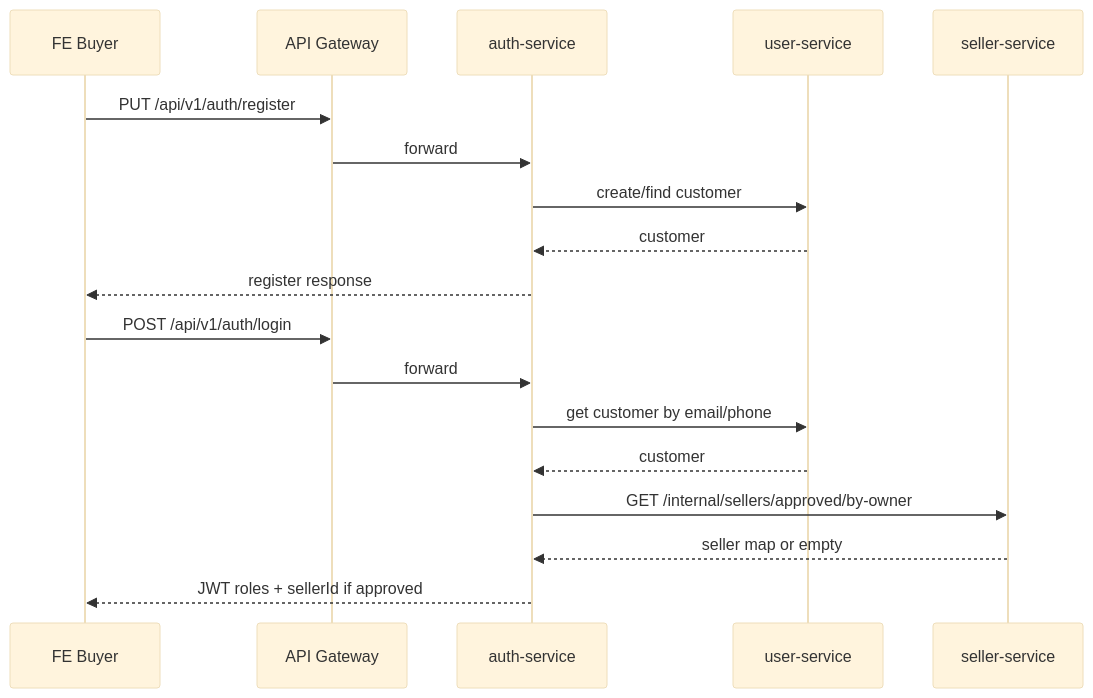
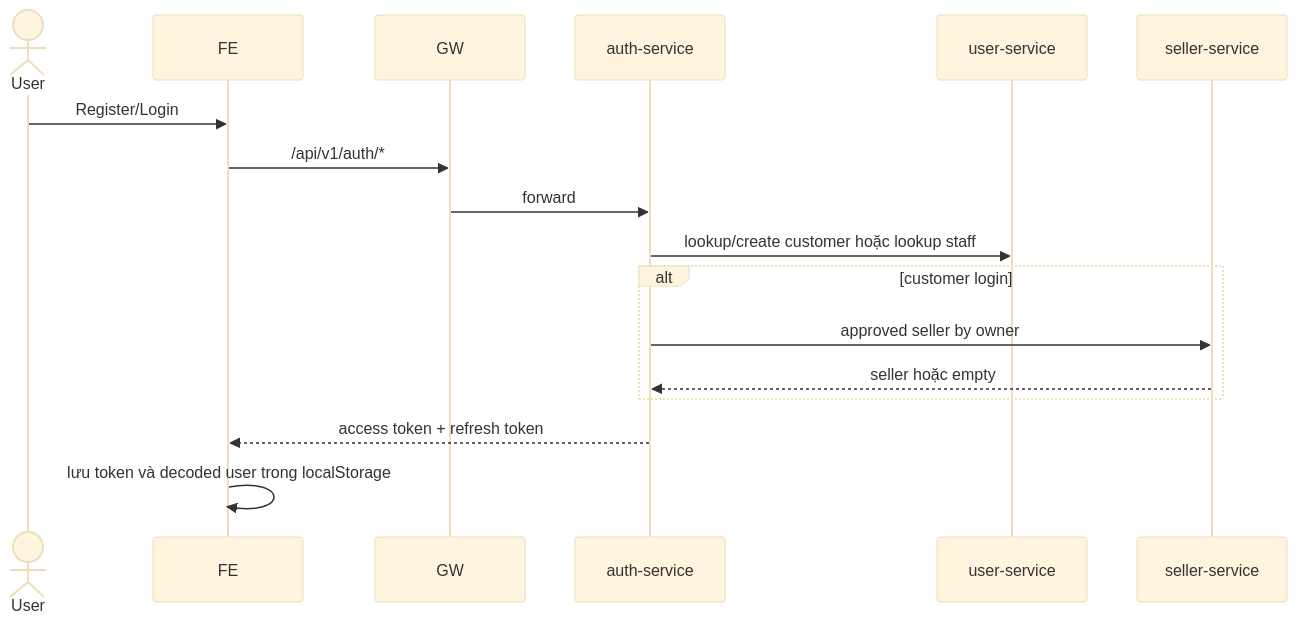
One commit to NguyenDuoc2005/e-commerce changed the fourth of 7 diagrams in HE_THONG_HIEN_TAI_MARKETPLACE.md. Above: the diagram before and after it, drawn with Mermaid (base theme). The commit also changed other lines of this file and 65 other files, not shown here.

Commit message:
fix: harden marketplace security and complete full E2E flows

````diff
--- a/HE_THONG_HIEN_TAI_MARKETPLACE.md
+++ b/HE_THONG_HIEN_TAI_MARKETPLACE.md
@@ -1754,22 +340,20 @@
 ```mermaid
 sequenceDiagram
-    participant FE as FE Buyer
-    participant GW as API Gateway
-    participant AUTH as auth-service
-    participant USER as user-service
-    participant SELLER as seller-service
+    actor U as User
+    participant FE
+    participant GW
+    participant A as auth-service
+    participant US as user-service
+    participant SS as seller-service
 
-    FE->>GW: PUT /api/v1/auth/register
-    GW->>AUTH: forward
-    AUTH->>USER: create/find customer
-    USER-->>AUTH: customer
-    AUTH-->>FE: register response
-
-    FE->>GW: POST /api/v1/auth/login
-    GW->>AUTH: forward
-    AUTH->>USER: get customer by email/phone
-    USER-->>AUTH: customer
-    AUTH->>SELLER: GET /internal/sellers/approved/by-owner
-    SELLER-->>AUTH: seller map or empty
-    AUTH-->>FE: JWT roles + sellerId if approved
+    U->>FE: Register/Login
+    FE->>GW: /api/v1/auth/*
+    GW->>A: forward
+    A->>US: lookup/create customer hoặc lookup staff
+    alt customer login
+        A->>SS: approved seller by owner
+        SS-->>A: seller hoặc empty
+    end
+    A-->>FE: access token + refresh token
+    FE->>FE: lưu token và decoded user trong localStorage
 ```
````
